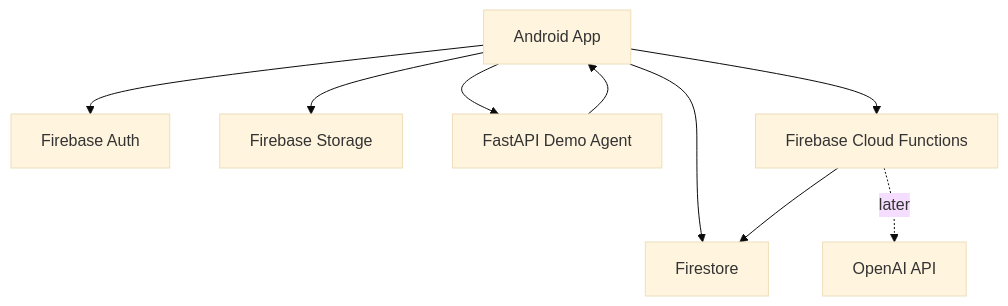
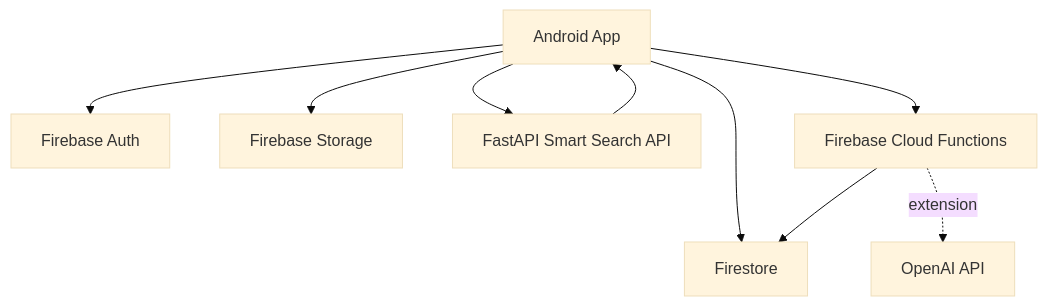
One commit to stophhh/ShareAlbum changed the first of 3 diagrams in README.md. Above: the diagram before and after it, drawn with Mermaid (base theme). The commit also changed other lines of this file and 4 other files, not shown here.

````diff
--- a/README.md
+++ b/README.md
@@ -77,11 +87,11 @@
 ```mermaid
 flowchart TD
-    A[Android App] --> B[Firebase Auth]
-    A --> C[Firestore]
-    A --> D[Firebase Storage]
-    A --> E[FastAPI Demo Agent]
+    A["Android App"] --> B["Firebase Auth"]
+    A --> C["Firestore"]
+    A --> D["Firebase Storage"]
+    A --> E["FastAPI Smart Search API"]
     E --> A
-    A --> F[Firebase Cloud Functions]
-    F -. later .-> G[OpenAI API]
+    A --> F["Firebase Cloud Functions"]
+    F -. "extension" .-> G["OpenAI API"]
     F --> C
 ```
````
